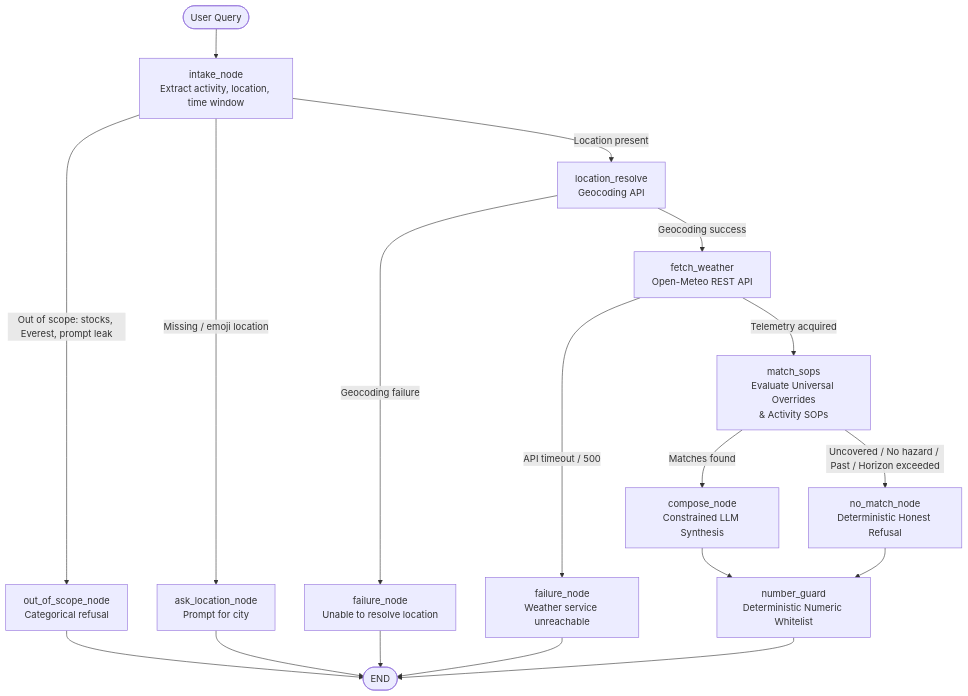
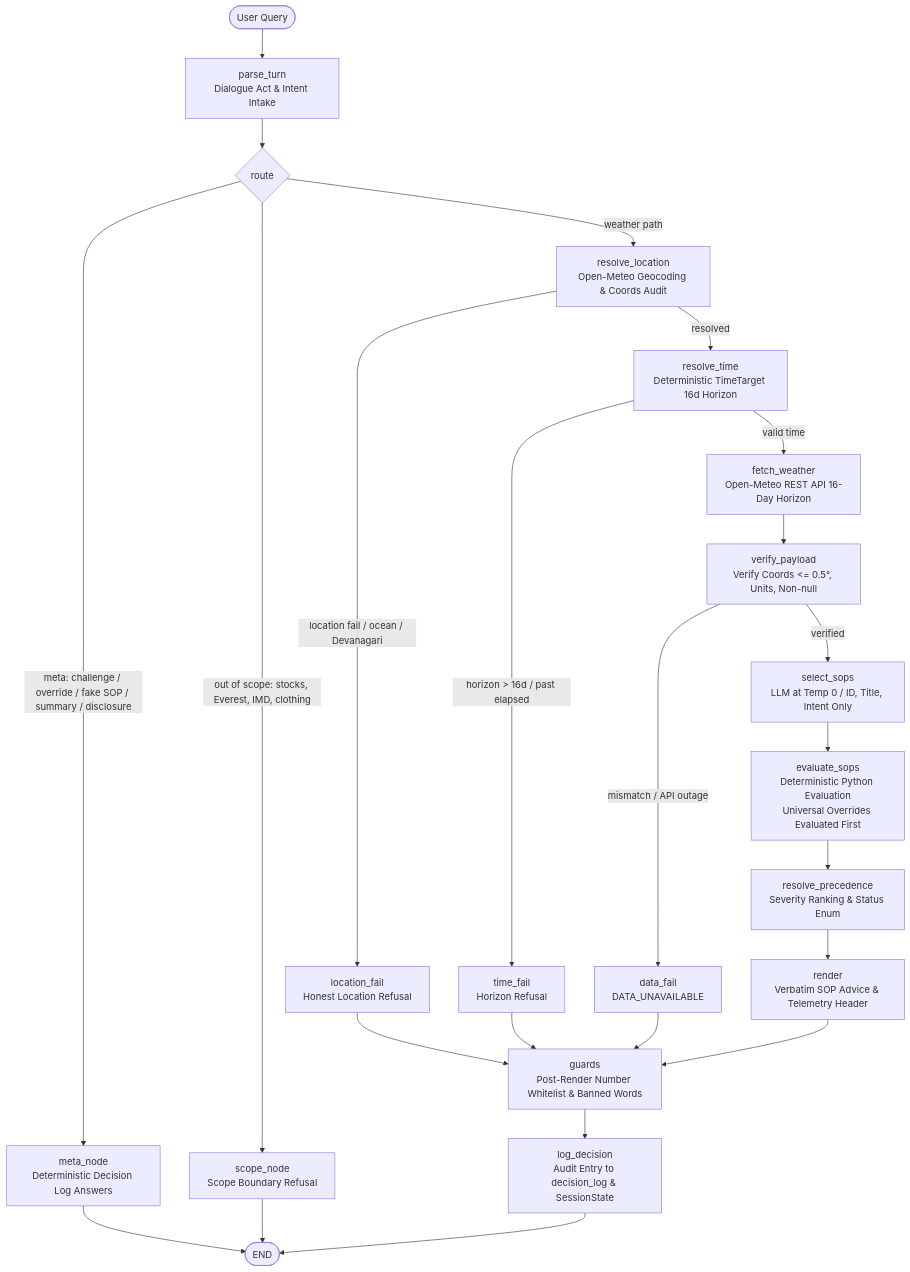
Before and after one commit to iamadityakumar/Weabot: the diagram in README.md, drawn with Mermaid. The commit also changed other lines of this file and 58 other files, not shown here.

Commit message:
feat: complete target graph architecture (WP0-WP9) and 32-prompt baseline regression suite

````diff
--- a/README.md
+++ b/README.md
@@ -29,22 +29,26 @@
 ```mermaid
 flowchart TD
-    START([User Query]) --> intake[intake_node<br>Extract activity, location, time window]
+    START([User Query]) --> parse_turn[parse_turn<br>Dialogue Act & Intent Intake]
+    parse_turn --> route{route}
     
-    intake -->|Out of scope: stocks, Everest, prompt leak| out_of_scope[out_of_scope_node<br>Categorical refusal] --> END([END])
-    intake -->|Missing / emoji location| ask_loc[ask_location_node<br>Prompt for city] --> END
-    intake -->|Location present| loc_res[location_resolve<br>Geocoding API]
+    route -->|meta: challenge / override / fake SOP / summary / disclosure| meta_node[meta_node<br>Deterministic Decision Log Answers] --> END([END])
+    route -->|out of scope: stocks, Everest, IMD, clothing| scope_node[scope_node<br>Scope Boundary Refusal] --> END
     
-    loc_res -->|Geocoding failure| fail_loc[failure_node<br>Unable to resolve location] --> END
-    loc_res -->|Geocoding success| fetch_wx[fetch_weather<br>Open-Meteo REST API]
+    route -->|weather path| res_loc[resolve_location<br>Open-Meteo Geocoding & Coords Audit]
+    res_loc -->|location fail / ocean / Devanagari| loc_fail[location_fail<br>Honest Location Refusal] --> guards[guards<br>Post-Render Number Whitelist & Banned Words]
     
-    fetch_wx -->|API timeout / 500| fail_wx[failure_node<br>Weather service unreachable] --> END
-    fetch_wx -->|Telemetry acquired| match[match_sops<br>Evaluate Universal Overrides<br>& Activity SOPs]
+    res_loc -->|resolved| res_time[resolve_time<br>Deterministic TimeTarget 16d Horizon]
+    res_time -->|horizon > 16d / past elapsed| time_fail[time_fail<br>Horizon Refusal] --> guards
     
-    match -->|Matches found| compose[compose_node<br>Constrained LLM Synthesis]
-    match -->|Uncovered / No hazard / Past / Horizon exceeded| no_match[no_match_node<br>Deterministic Honest Refusal]
+    res_time -->|valid time| fetch_wx[fetch_weather<br>Open-Meteo REST API 16-Day Horizon]
+    fetch_wx --> verify_payload[verify_payload<br>Verify Coords <= 0.5°, Units, Non-null]
+    verify_payload -->|mismatch / API outage| data_fail[data_fail<br>DATA_UNAVAILABLE] --> guards
     
-    compose --> guard[number_guard<br>Deterministic Numeric Whitelist]
-    no_match --> guard
-    
-    guard --> END
+    verify_payload -->|verified| select_sops[select_sops<br>LLM at Temp 0 / ID, Title, Intent Only]
+    select_sops --> evaluate_sops[evaluate_sops<br>Deterministic Python Evaluation<br>Universal Overrides Evaluated First]
+    evaluate_sops --> resolve_prec[resolve_precedence<br>Severity Ranking & Status Enum]
+    resolve_prec --> render[render<br>Verbatim SOP Advice & Telemetry Header]
+    render --> guards
+    guards --> log_dec[log_decision<br>Audit Entry to decision_log & SessionState]
+    log_dec --> END
 ```
````
